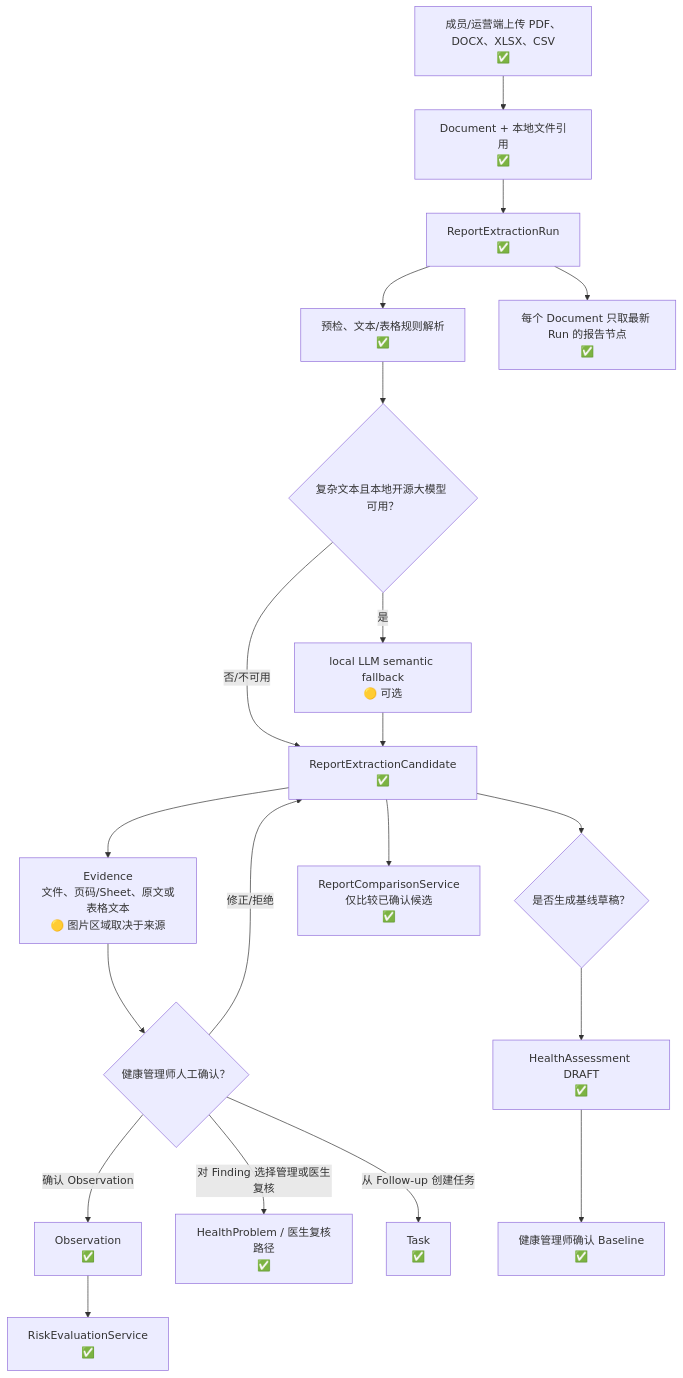
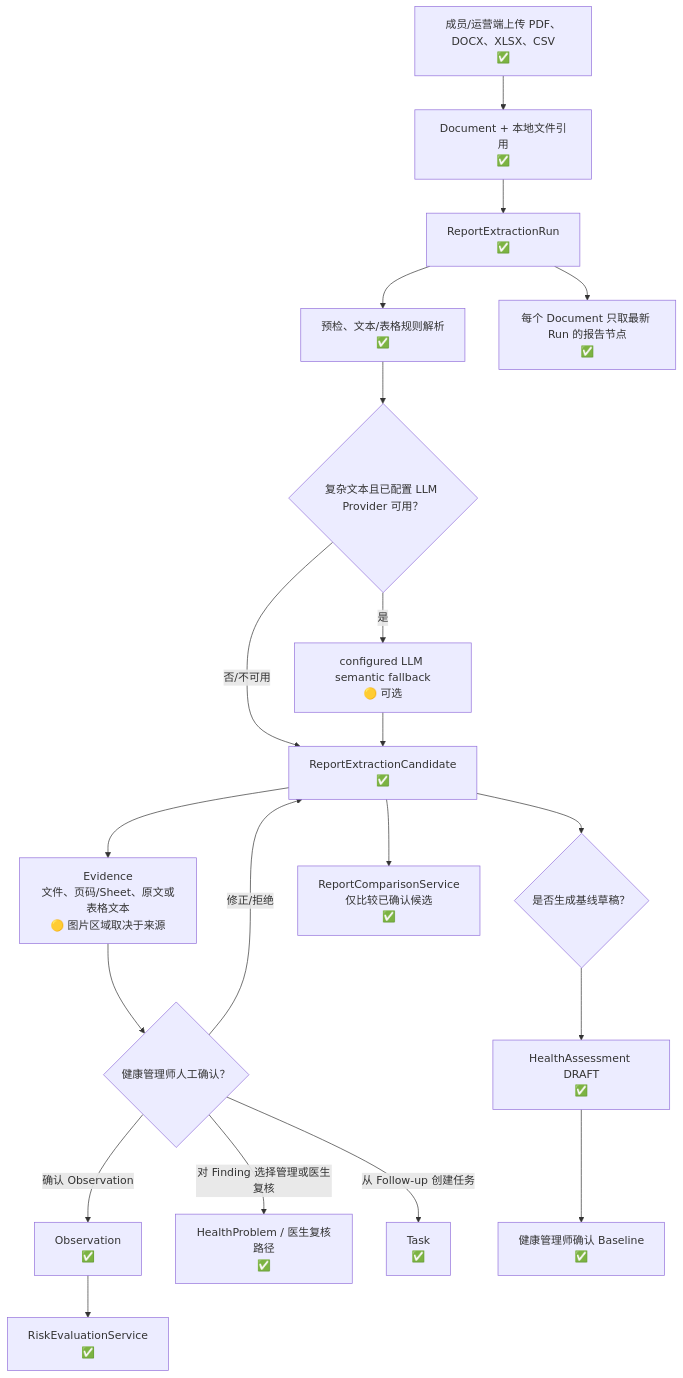
One commit to KaedeharaT/executive-healthops changed the second of 7 diagrams in docs/architecture/03_CORE_WORKFLOWS.md. Above: the diagram before and after it, drawn with Mermaid. The commit also changed 19 other files, not shown here.

````diff
--- a/docs/architecture/03_CORE_WORKFLOWS.md
+++ b/docs/architecture/03_CORE_WORKFLOWS.md
@@ -36,22 +36,22 @@
 ```mermaid
 flowchart TB
   upload[成员/运营端上传 PDF、DOCX、XLSX、CSV\n✅] --> doc[Document + 本地文件引用\n✅]
   doc --> run[ReportExtractionRun\n✅]
   run --> preflight[预检、文本/表格规则解析\n✅]
-  preflight --> complex{复杂文本且本地开源大模型 可用？}
-  complex -- 是 --> local_llm[local LLM semantic fallback\n🟡 可选]
+  preflight --> complex{复杂文本且已配置 LLM Provider 可用？}
+  complex -- 是 --> local_llm[configured LLM semantic fallback\n🟡 可选]
   complex -- 否/不可用 --> candidate[ReportExtractionCandidate\n✅]
   local_llm --> candidate
   candidate --> evidence[Evidence\n文件、页码/Sheet、原文或表格文本\n🟡 图片区域取决于来源]
   evidence --> human{健康管理师人工确认？}
   human -- 修正/拒绝 --> candidate
   human -- 确认 Observation --> observation[Observation\n✅]
   human -- 对 Finding 选择管理或医生复核 --> finding[HealthProblem / 医生复核路径\n✅]
   human -- 从 Follow-up 创建任务 --> followuptask[Task\n✅]
   observation --> risk[RiskEvaluationService\n✅]
   candidate --> baseline{是否生成基线草稿？}
   baseline --> draft[HealthAssessment DRAFT\n✅]
   draft --> confirm[健康管理师确认 Baseline\n✅]
   candidate --> compare[ReportComparisonService\n仅比较已确认候选\n✅]
   run --> timeline[每个 Document 只取最新 Run 的报告节点\n✅]
 ```
````
